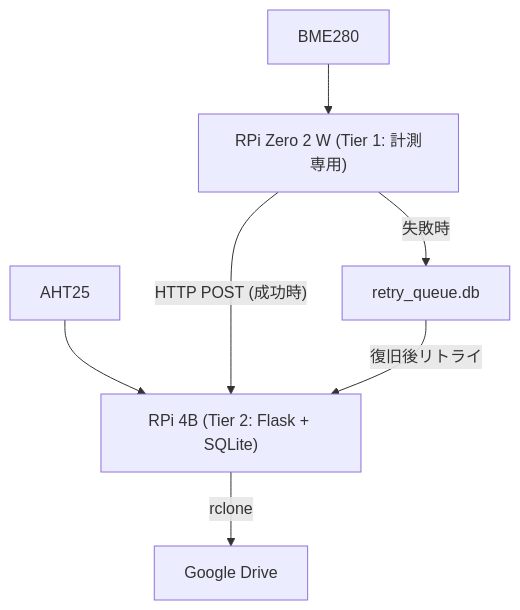
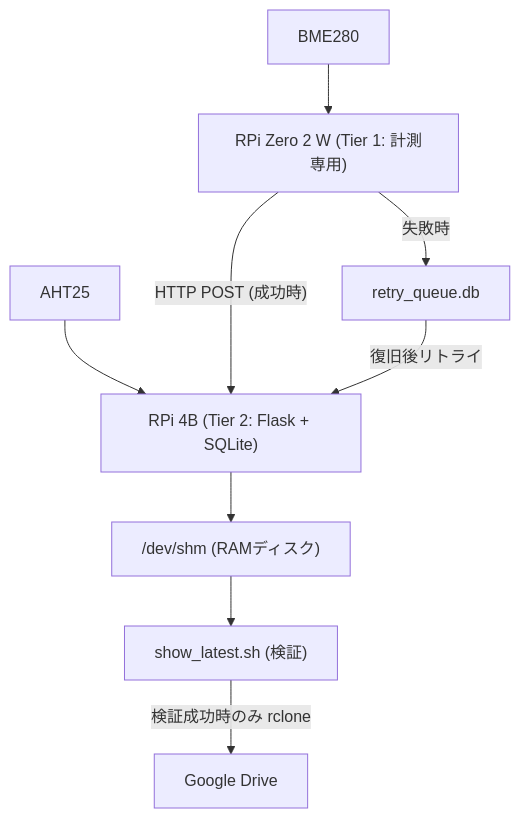
Before and after one commit to hidecodegit/ConditionLoggingSystem: the second of 2 diagrams in docs/architecture.md, drawn with Mermaid. The commit also changed other lines of this file, not shown here.

First line of the commit message:
docs: update architecture spec to reflect /dev/shm, show_latest pipeline, and SysML models

````diff
--- a/docs/architecture.md
+++ b/docs/architecture.md
@@ -46,16 +46,21 @@
 ```mermaid
 graph TD
     Drive["Google Drive"]
     Pi4B["RPi 4B (Tier 2: Flask + SQLite)"]
     AHT25["AHT25"]
     Zero2W["RPi Zero 2 W (Tier 1: 計測専用)"]
     BME280["BME280"]
     Retry["retry_queue.db"]
+    RAM["/dev/shm (RAMディスク)"]
+    ShowLatest["show_latest.sh (検証)"]
 
     BME280 --> Zero2W
     AHT25 --> Pi4B
     Zero2W -->|"HTTP POST (成功時)"| Pi4B
     Zero2W -->|"失敗時"| Retry
     Retry -->|"復旧後リトライ"| Pi4B
-    Pi4B -->|"rclone"| Drive
+
+    Pi4B --> RAM
+    RAM --> ShowLatest
+    ShowLatest -->|"検証成功時のみ rclone"| Drive
 ```
````
